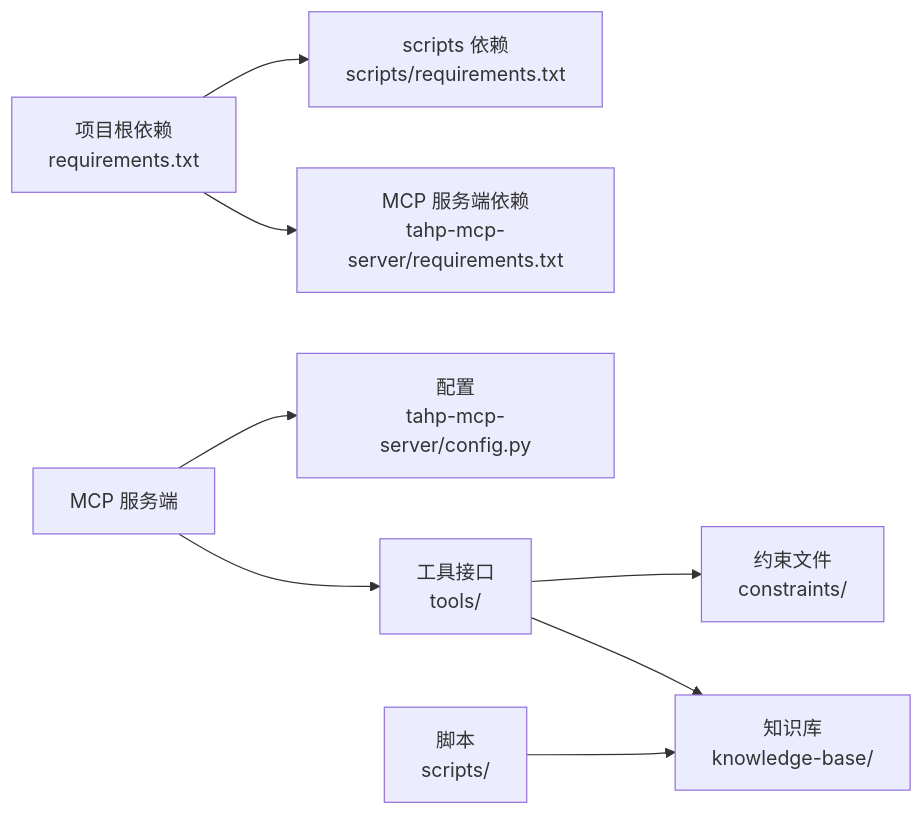
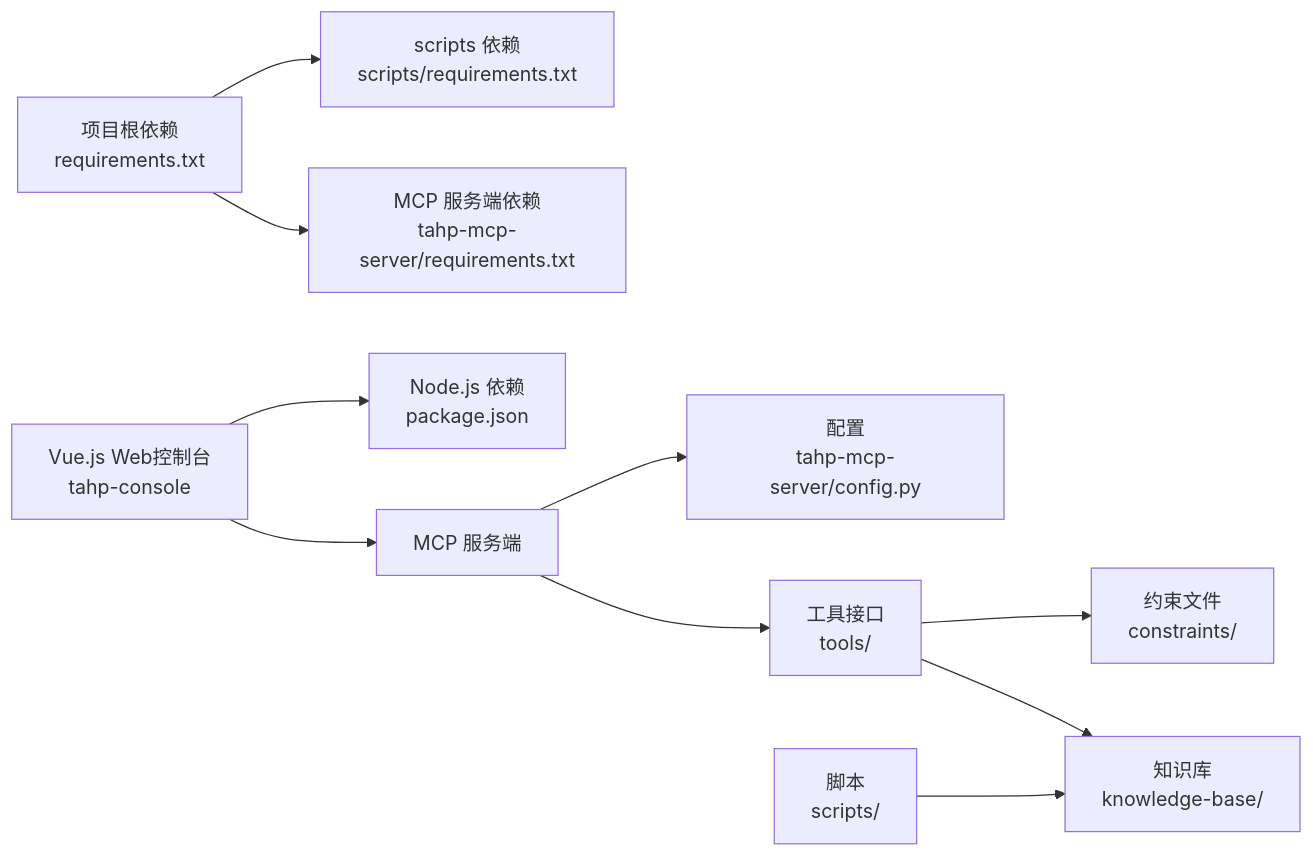
The sixth of 6 diagrams in .qoder/repowiki/zh/content/快速开始.md (afcartevil/automated-test-script), drawn with Mermaid before and after one commit. The commit also changed other lines of this file and 650 other files, not shown here.

````diff
--- a/.qoder/repowiki/zh/content/快速开始.md
+++ b/.qoder/repowiki/zh/content/快速开始.md
@@ -254,10 +325,12 @@
 ```mermaid
 graph LR
 PyProj["项目根依赖<br/>requirements.txt"] --> ScriptsDep["scripts 依赖<br/>scripts/requirements.txt"]
 PyProj --> MCPDep["MCP 服务端依赖<br/>tahp-mcp-server/requirements.txt"]
+Console["Vue.js Web控制台<br/>tahp-console"] --> NodeDep["Node.js 依赖<br/>package.json"]
 MCP["MCP 服务端"] --> Config["配置<br/>tahp-mcp-server/config.py"]
 MCP --> Tools["工具接口<br/>tools/"]
 Tools --> Constraints["约束文件<br/>constraints/"]
 Tools --> KB["知识库<br/>knowledge-base/"]
+Console --> MCP
 Scripts["脚本<br/>scripts/"] --> KB
 ```
````
